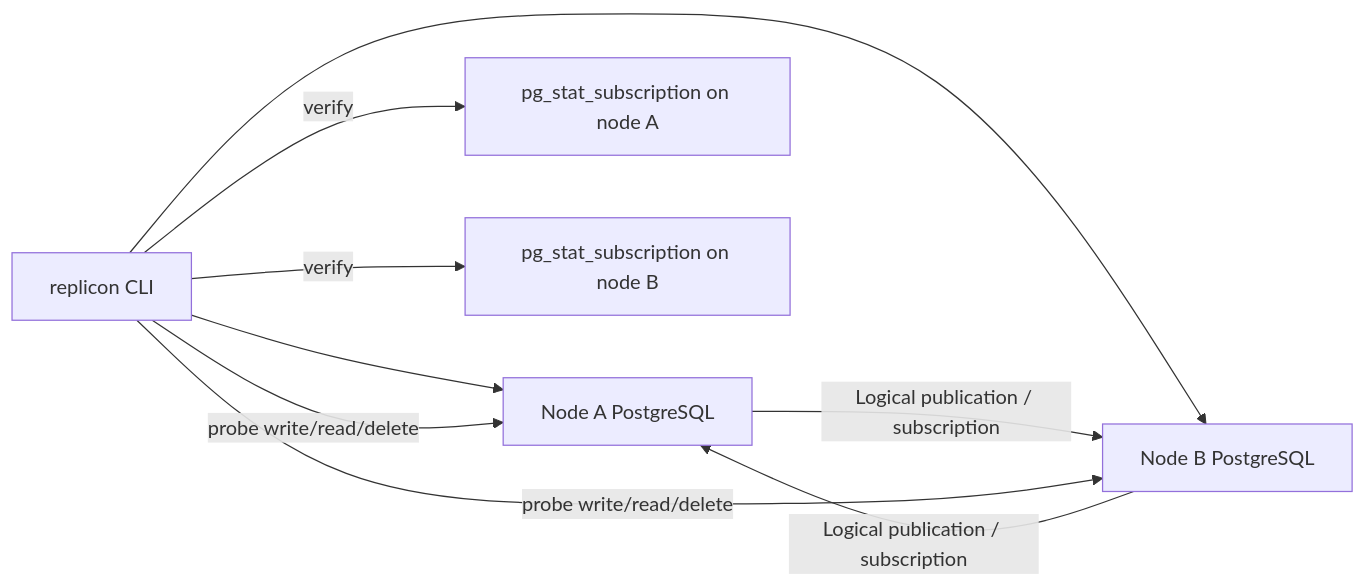
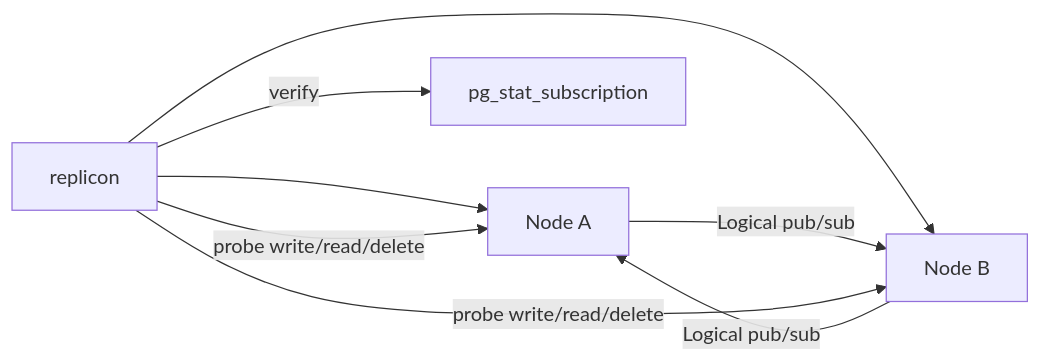
Before and after one commit to loreste/replicon: the second of 2 diagrams in README.md, drawn with Mermaid. The commit also changed other lines of this file, not shown here.

````diff
--- a/README.md
+++ b/README.md
@@ -100,11 +89,10 @@
 ```mermaid
 flowchart LR
-    A[replicon CLI] --> B[Node A PostgreSQL]
-    A --> C[Node B PostgreSQL]
-    B -->|Logical publication / subscription| C
-    C -->|Logical publication / subscription| B
-    A -->|verify| D[pg_stat_subscription on node A]
-    A -->|verify| E[pg_stat_subscription on node B]
+    A[replicon] --> B[Node A]
+    A --> C[Node B]
+    B -->|Logical pub/sub| C
+    C -->|Logical pub/sub| B
+    A -->|verify| D[pg_stat_subscription]
     A -->|probe write/read/delete| B
     A -->|probe write/read/delete| C
 ```
````
